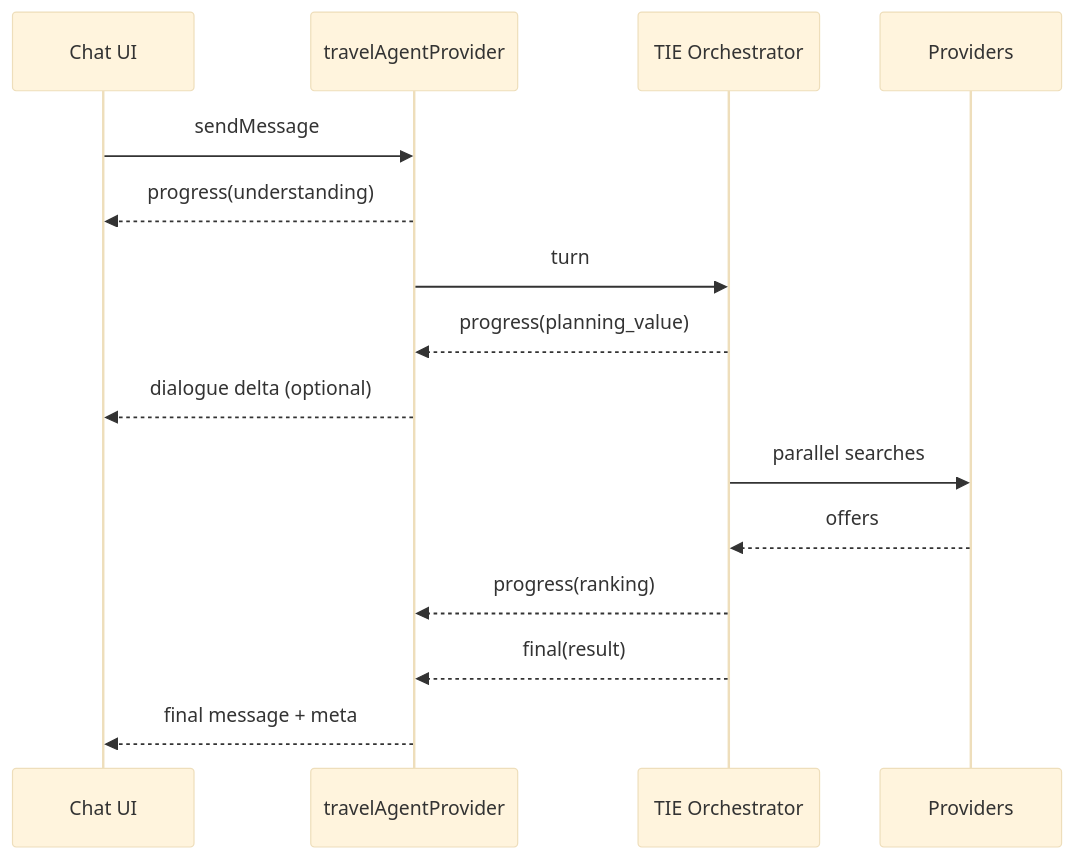
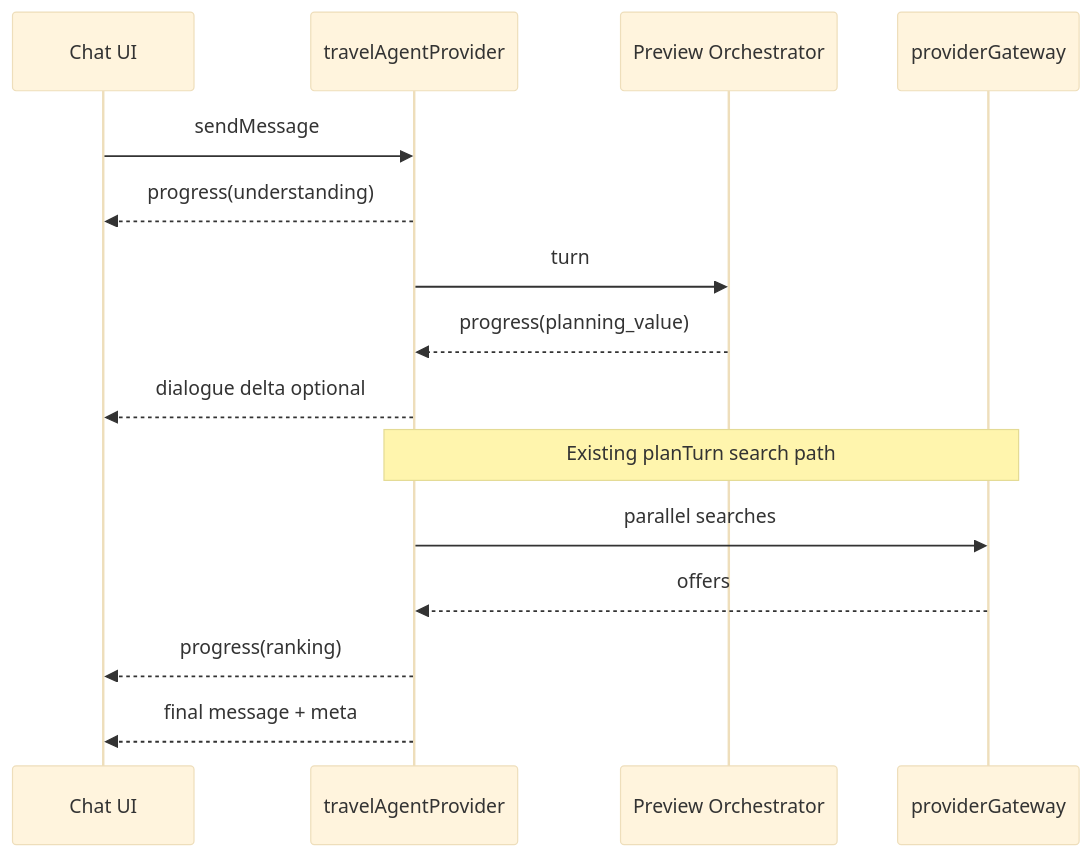
Before and after one commit to SamiAlamoudi/rahhal-ai-platform: the fourth of 6 diagrams in docs/ARCHITECTURE_TRAVEL_INTELLIGENCE_ENGINE_SPRINT88-95.md, drawn with Mermaid (base theme). The commit also changed other lines of this file, not shown here.

First line of the commit message:
docs: revise TIE architecture ADD per review required changes

````diff
--- a/docs/ARCHITECTURE_TRAVEL_INTELLIGENCE_ENGINE_SPRINT88-95.md
+++ b/docs/ARCHITECTURE_TRAVEL_INTELLIGENCE_ENGINE_SPRINT88-95.md
@@ -517,18 +804,18 @@
 ```mermaid
 sequenceDiagram
   participant UI as Chat UI
   participant P as travelAgentProvider
-  participant TIE as TIE Orchestrator
-  participant PG as Providers
+  participant BR as Preview Orchestrator
+  participant GW as providerGateway
 
   UI->>P: sendMessage
   P-->>UI: progress(understanding)
-  P->>TIE: turn
-  TIE-->>P: progress(planning_value)
-  P-->>UI: dialogue delta (optional)
-  TIE->>PG: parallel searches
-  PG-->>TIE: offers
-  TIE-->>P: progress(ranking)
-  TIE-->>P: final(result)
+  P->>BR: turn
+  BR-->>P: progress(planning_value)
+  P-->>UI: dialogue delta optional
+  Note over P,GW: Existing planTurn search path
+  P->>GW: parallel searches
+  GW-->>P: offers
+  P-->>UI: progress(ranking)
   P-->>UI: final message + meta
 ```
````
